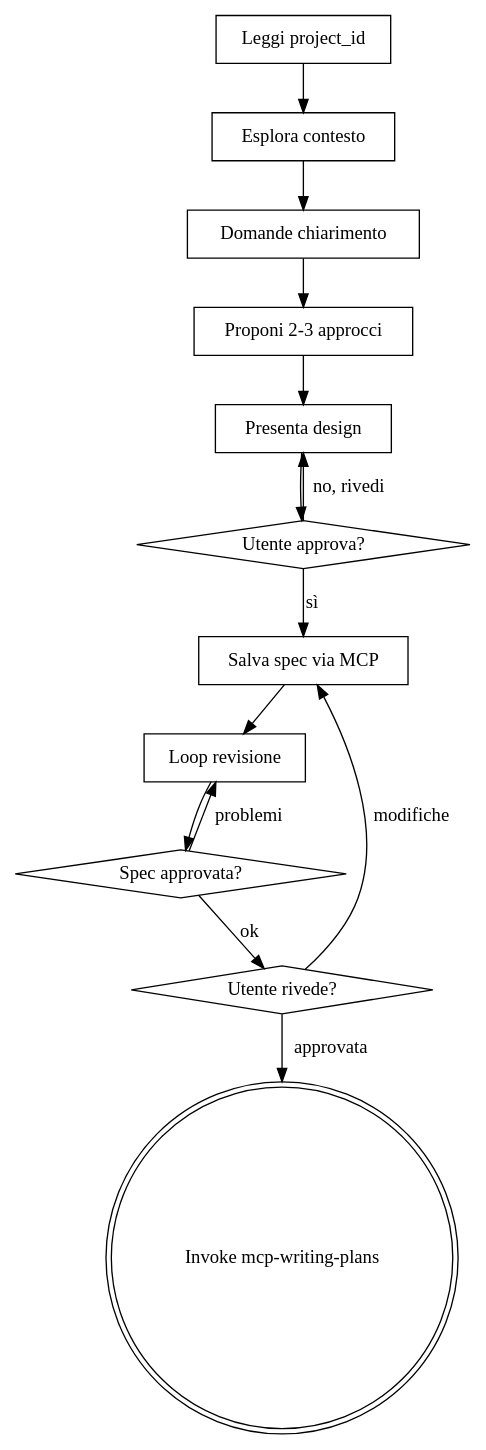
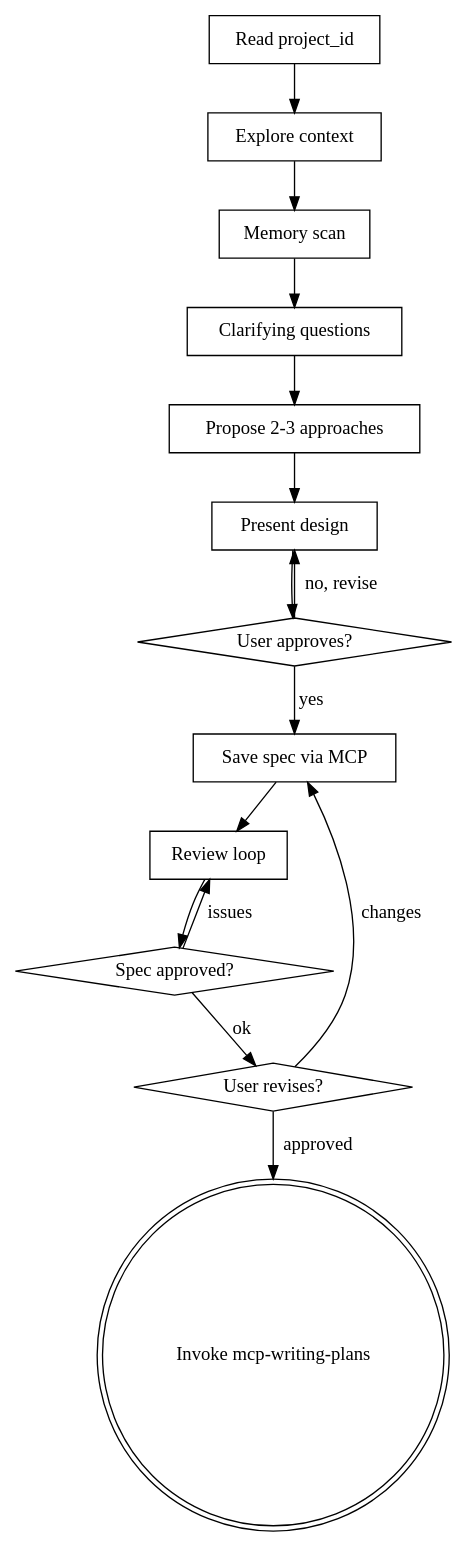
Before and after one commit to gmoronialeide/mokador-concorso: the diagram in .claude/skills/mcp-brainstorming/SKILL.md, drawn with Graphviz. The commit also changed other lines of this file and 23 other files, not shown here.

````diff
--- a/.claude/skills/mcp-brainstorming/SKILL.md
+++ b/.claude/skills/mcp-brainstorming/SKILL.md
@@ -36,29 +37,31 @@
 ```dot
 digraph mcp_brainstorming {
-    "Leggi project_id" [shape=box];
-    "Esplora contesto" [shape=box];
-    "Domande chiarimento" [shape=box];
-    "Proponi 2-3 approcci" [shape=box];
-    "Presenta design" [shape=box];
-    "Utente approva?" [shape=diamond];
-    "Salva spec via MCP" [shape=box];
-    "Loop revisione" [shape=box];
-    "Spec approvata?" [shape=diamond];
-    "Utente rivede?" [shape=diamond];
+    "Read project_id" [shape=box];
+    "Explore context" [shape=box];
+    "Memory scan" [shape=box];
+    "Clarifying questions" [shape=box];
+    "Propose 2-3 approaches" [shape=box];
+    "Present design" [shape=box];
+    "User approves?" [shape=diamond];
+    "Save spec via MCP" [shape=box];
+    "Review loop" [shape=box];
+    "Spec approved?" [shape=diamond];
+    "User revises?" [shape=diamond];
     "Invoke mcp-writing-plans" [shape=doublecircle];
 
-    "Leggi project_id" -> "Esplora contesto";
-    "Esplora contesto" -> "Domande chiarimento";
-    "Domande chiarimento" -> "Proponi 2-3 approcci";
-    "Proponi 2-3 approcci" -> "Presenta design";
-    "Presenta design" -> "Utente approva?";
-    "Utente approva?" -> "Presenta design" [label="no, rivedi"];
-    "Utente approva?" -> "Salva spec via MCP" [label="sì"];
-    "Salva spec via MCP" -> "Loop revisione";
-    "Loop revisione" -> "Spec approvata?";
-    "Spec approvata?" -> "Loop revisione" [label="problemi"];
-    "Spec approvata?" -> "Utente rivede?" [label="ok"];
-    "Utente rivede?" -> "Salva spec via MCP" [label="modifiche"];
-    "Utente rivede?" -> "Invoke mcp-writing-plans" [label="approvata"];
+    "Read project_id" -> "Explore context";
+    "Explore context" -> "Memory scan";
+    "Memory scan" -> "Clarifying questions";
+    "Clarifying questions" -> "Propose 2-3 approaches";
+    "Propose 2-3 approaches" -> "Present design";
+    "Present design" -> "User approves?";
+    "User approves?" -> "Present design" [label="no, revise"];
+    "User approves?" -> "Save spec via MCP" [label="yes"];
+    "Save spec via MCP" -> "Review loop";
+    "Review loop" -> "Spec approved?";
+    "Spec approved?" -> "Review loop" [label="issues"];
+    "Spec approved?" -> "User revises?" [label="ok"];
+    "User revises?" -> "Save spec via MCP" [label="changes"];
+    "User revises?" -> "Invoke mcp-writing-plans" [label="approved"];
 }
 ```
````
